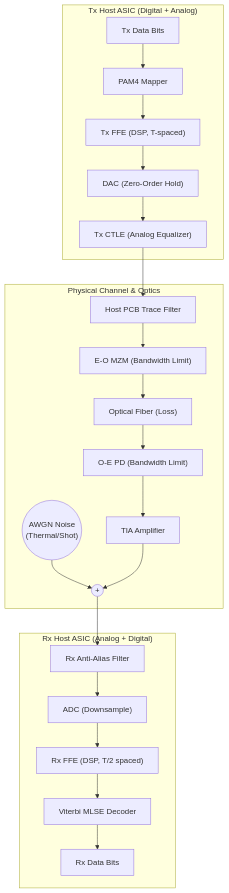
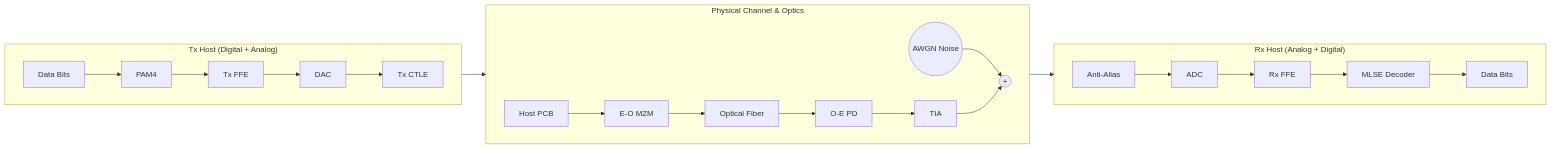
The diagram in docs/01_DSP_Architecture.md (ZenHatesCoding/lpo-pam4-sim), drawn with Mermaid before and after one commit. The commit also changed 1 other file, not shown here.

Commit message:
docs: optimize mermaid layout to graph LR for better PPT scaling

````diff
--- a/docs/01_DSP_Architecture.md
+++ b/docs/01_DSP_Architecture.md
@@ -27,28 +27,31 @@
 ```mermaid
 %%{init: {'themeVariables': { 'background': 'transparent'}}}%%
-graph TD
-    subgraph Tx_Host["Tx Host ASIC (Digital + Analog)"]
-        A[Tx Data Bits] --> B[PAM4 Mapper]
-        B --> C["Tx FFE (DSP, T-spaced)"]
-        C --> D["DAC (Zero-Order Hold)"]
-        D --> E["Tx CTLE (Analog Equalizer)"]
+graph LR
+    subgraph Tx_Host["Tx Host (Digital + Analog)"]
+        direction LR
+        A[Data Bits] --> B[PAM4]
+        B --> C["Tx FFE"]
+        C --> D["DAC"]
+        D --> E["Tx CTLE"]
     end
 
     subgraph Channel["Physical Channel & Optics"]
-        E --> F["Host PCB Trace Filter"]
-        F --> G["E-O MZM (Bandwidth Limit)"]
-        G --> H["Optical Fiber (Loss)"]
-        H --> I["O-E PD (Bandwidth Limit)"]
-        I --> J["TIA Amplifier"]
-        N1(("AWGN Noise<br>(Thermal/Shot)")) --> K((+))
+        direction LR
+        E --> F["Host PCB"]
+        F --> G["E-O MZM"]
+        G --> H["Optical Fiber"]
+        H --> I["O-E PD"]
+        I --> J["TIA"]
+        N1(("AWGN Noise")) --> K((+))
         J --> K
     end
 
-    subgraph Rx_Host["Rx Host ASIC (Analog + Digital)"]
-        K --> L["Rx Anti-Alias Filter"]
-        L --> M["ADC (Downsample)"]
-        M --> N["Rx FFE (DSP, T/2 spaced)"]
-        N --> O["Viterbi MLSE Decoder"]
-        O --> P[Rx Data Bits]
+    subgraph Rx_Host["Rx Host (Analog + Digital)"]
+        direction LR
+        K --> L["Anti-Alias"]
+        L --> M["ADC"]
+        M --> N["Rx FFE"]
+        N --> O["MLSE Decoder"]
+        O --> P[Data Bits]
     end
 ```
````
